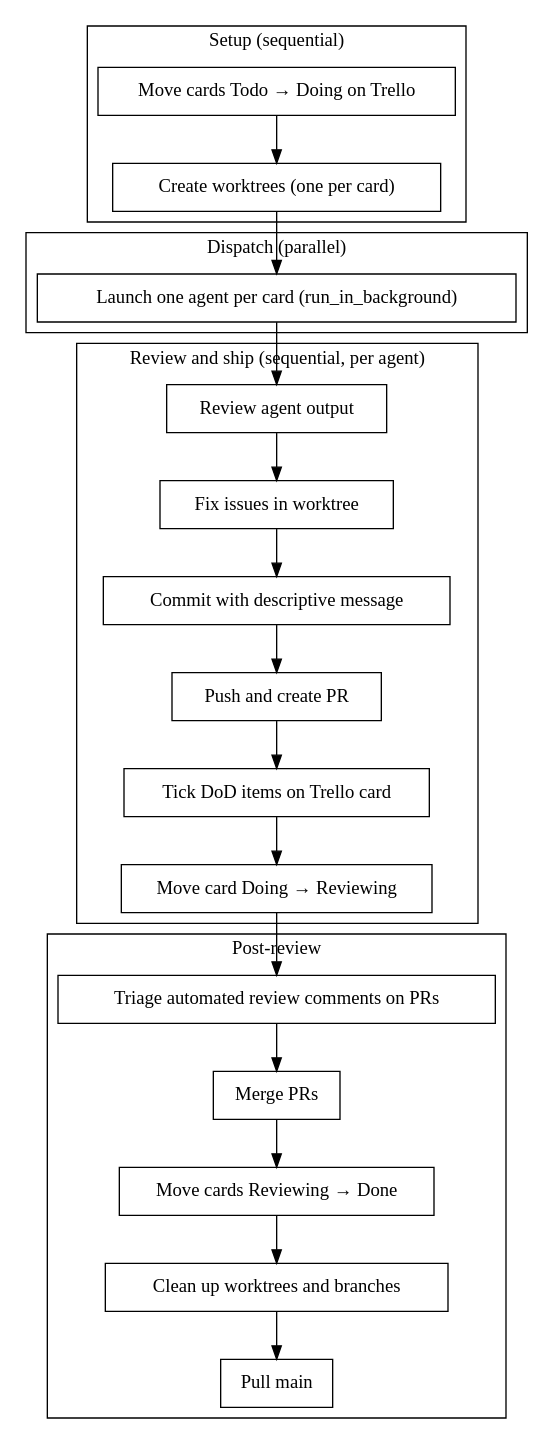
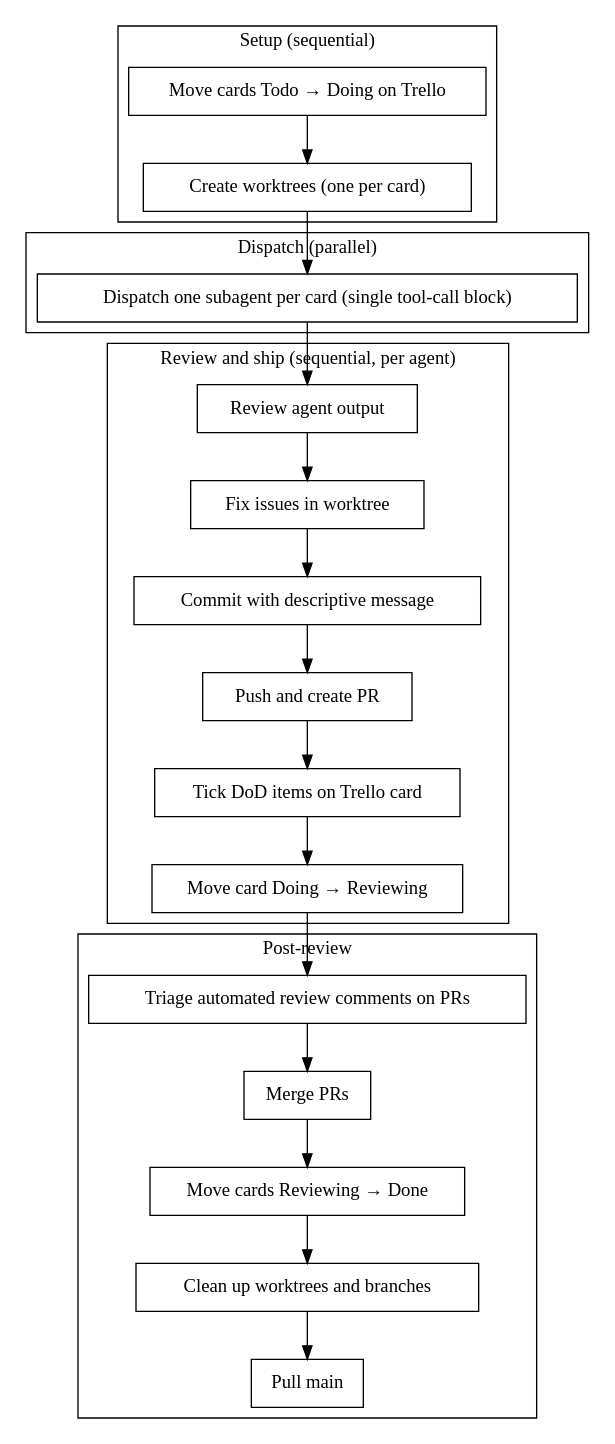
Before and after one commit to DarkbyteAT/trello-api-skill: the second of 2 diagrams in skills/executing-trello-waves/SKILL.md, drawn with Graphviz. The commit also changed 2 other files, not shown here.

Commit message:
docs: align wave-execution dispatch language with nameless subagent model (#11)
Skill described dispatch as "launch one agent per card (run_in_background)",
which reads as the old named-teammate/background-flag model. Renamed to
"dispatch one subagent per card (single tool-call block)" to match the
nameless disposable-subagent dispatch doctrine. Worktree-per-card mechanics
are unchanged (git safety, not team doctrine).

No ticket exists for this repo yet — flagging for retroactive linking.

````diff
--- a/skills/executing-trello-waves/SKILL.md
+++ b/skills/executing-trello-waves/SKILL.md
@@ -79,51 +79,51 @@
 ```dot
 digraph execute_wave {
     rankdir=TB;
 
     subgraph cluster_setup {
         label="Setup (sequential)";
         "Move cards Todo → Doing on Trello" [shape=box];
         "Create worktrees (one per card)" [shape=box];
         "Move cards Todo → Doing on Trello" -> "Create worktrees (one per card)";
     }
 
     subgraph cluster_dispatch {
         label="Dispatch (parallel)";
-        "Launch one agent per card (run_in_background)" [shape=box];
+        "Dispatch one subagent per card (single tool-call block)" [shape=box];
     }
 
     subgraph cluster_review {
         label="Review and ship (sequential, per agent)";
         "Review agent output" [shape=box];
         "Fix issues in worktree" [shape=box];
         "Commit with descriptive message" [shape=box];
         "Push and create PR" [shape=box];
         "Tick DoD items on Trello card" [shape=box];
         "Move card Doing → Reviewing" [shape=box];
 
         "Review agent output" -> "Fix issues in worktree";
         "Fix issues in worktree" -> "Commit with descriptive message";
         "Commit with descriptive message" -> "Push and create PR";
         "Push and create PR" -> "Tick DoD items on Trello card";
         "Tick DoD items on Trello card" -> "Move card Doing → Reviewing";
     }
 
     subgraph cluster_post {
         label="Post-review";
         "Triage automated review comments on PRs" [shape=box];
         "Merge PRs" [shape=box];
         "Move cards Reviewing → Done" [shape=box];
         "Clean up worktrees and branches" [shape=box];
         "Pull main" [shape=box];
 
         "Triage automated review comments on PRs" -> "Merge PRs";
         "Merge PRs" -> "Move cards Reviewing → Done";
         "Move cards Reviewing → Done" -> "Clean up worktrees and branches";
         "Clean up worktrees and branches" -> "Pull main";
     }
 
-    "Create worktrees (one per card)" -> "Launch one agent per card (run_in_background)";
-    "Launch one agent per card (run_in_background)" -> "Review agent output";
+    "Create worktrees (one per card)" -> "Dispatch one subagent per card (single tool-call block)";
+    "Dispatch one subagent per card (single tool-call block)" -> "Review agent output";
     "Move card Doing → Reviewing" -> "Triage automated review comments on PRs";
 }
 ```
````
